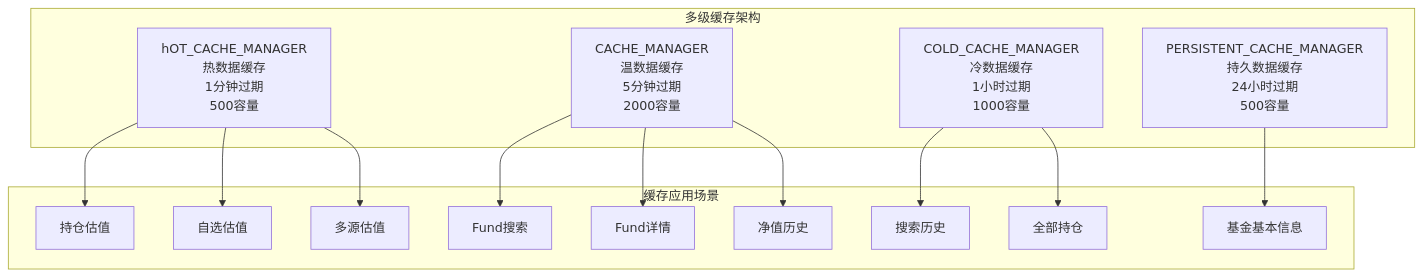
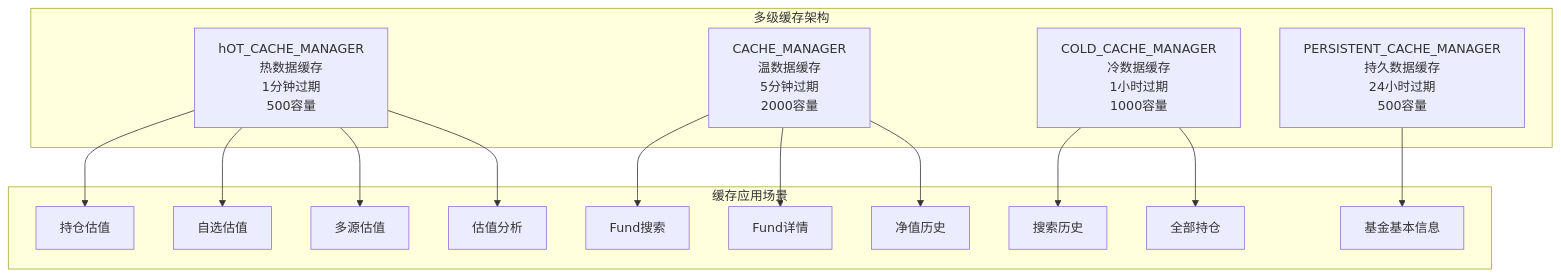
One commit to gree-coder/fund-butler changed diagram 12 of 21 in .qoder/repowiki/zh/content/核心功能开发/核心功能开发.md. Above: the diagram before and after it, drawn with Mermaid. The commit also changed other lines of this file and 9 other files, not shown here.

````diff
--- a/.qoder/repowiki/zh/content/核心功能开发/核心功能开发.md
+++ b/.qoder/repowiki/zh/content/核心功能开发/核心功能开发.md
@@ -646,20 +711,21 @@
 ```mermaid
 graph TB
 subgraph "多级缓存架构"
 HOT[hOT_CACHE_MANAGER<br/>热数据缓存<br/>1分钟过期<br/>500容量]
 WARM[CACHE_MANAGER<br/>温数据缓存<br/>5分钟过期<br/>2000容量]
 COLD[COLD_CACHE_MANAGER<br/>冷数据缓存<br/>1小时过期<br/>1000容量]
 PERSIST[PERSISTENT_CACHE_MANAGER<br/>持久数据缓存<br/>24小时过期<br/>500容量]
 end
 subgraph "缓存应用场景"
 HOT --> POSITIONS[持仓估值]
 HOT --> WATCHLIST[自选估值]
 HOT --> MULTI_SOURCE[多源估值]
+HOT --> ESTIMATE_ANALYSIS[估值分析]
 WARM --> SEARCH[Fund搜索]
 WARM --> DETAIL[Fund详情]
 WARM --> NAV_HISTORY[净值历史]
 COLD --> SEARCH_HISTORY[搜索历史]
 COLD --> ALL_HOLDINGS[全部持仓]
 PERSIST --> BASIC_INFO[基金基本信息]
 end
 ```
````
